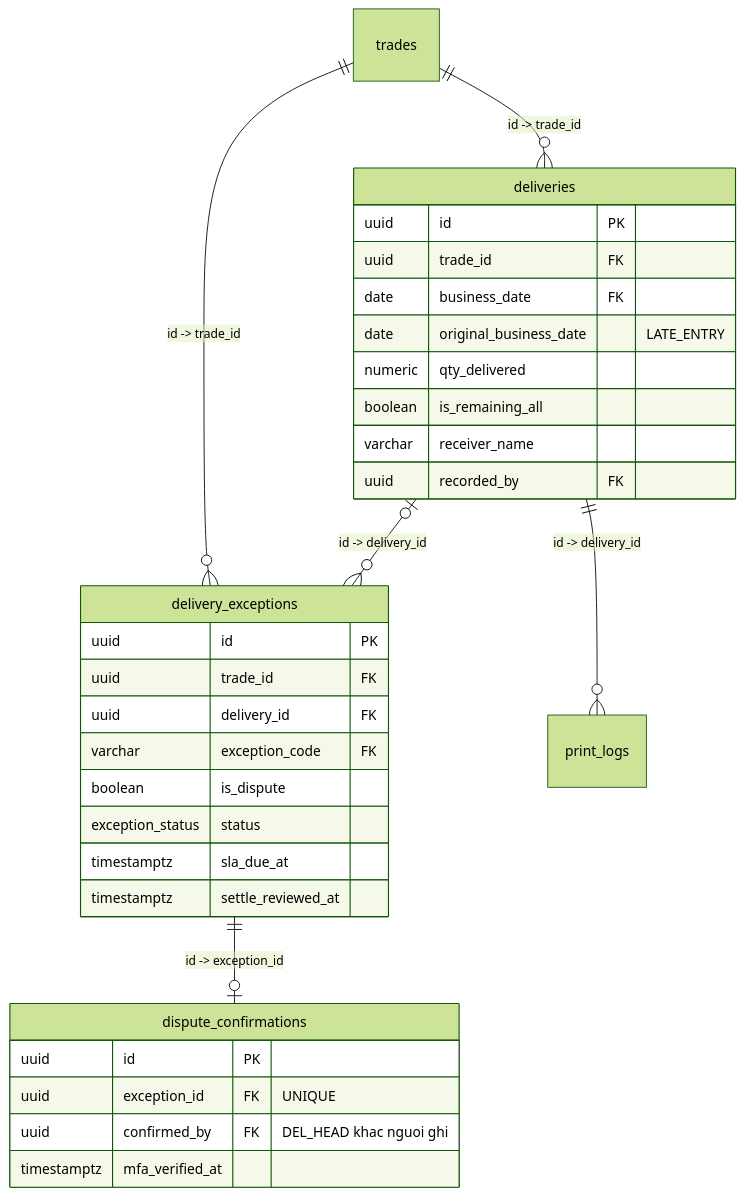
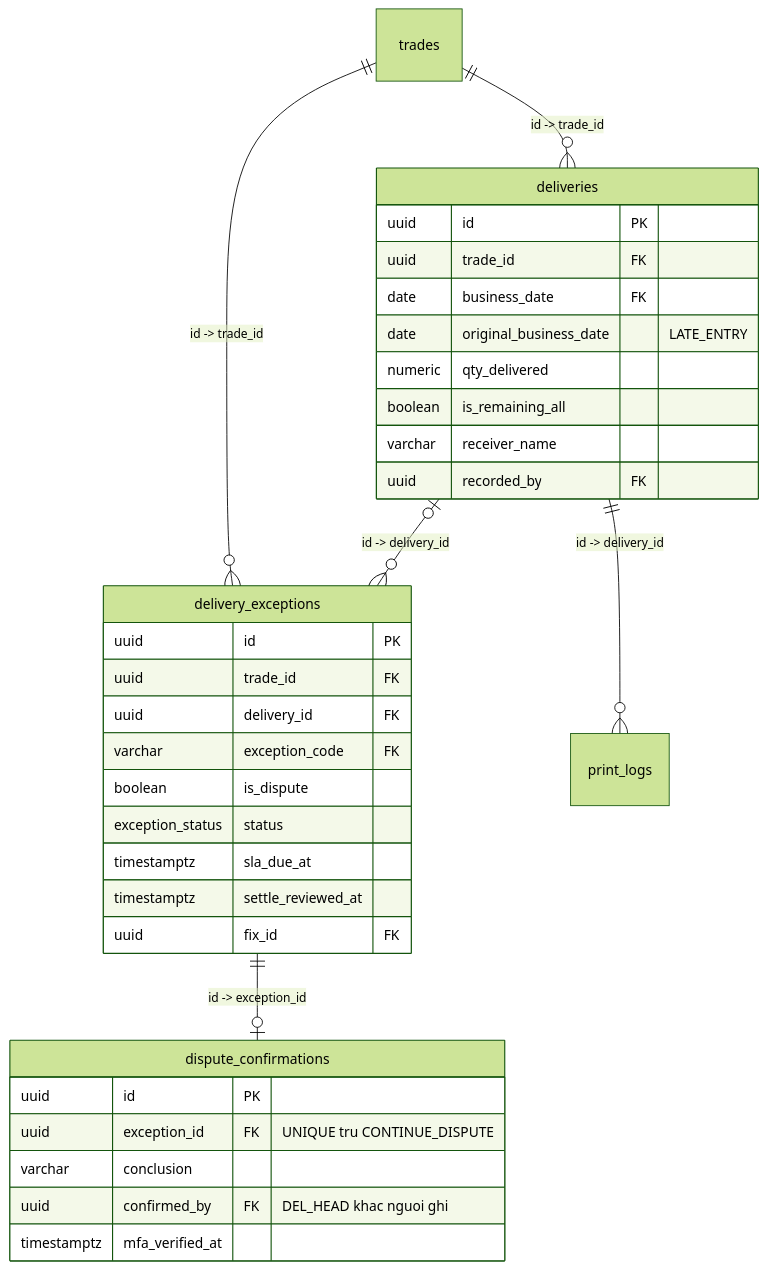
Before and after one commit to phuongnnm-23344/lab-wholesale-market: the second of 2 diagrams in specs/system-design/database-design/TRADE_DB.md, drawn with Mermaid (forest theme). The commit also changed other lines of this file and 15 other files, not shown here.

````diff
--- a/specs/system-design/database-design/TRADE_DB.md
+++ b/specs/system-design/database-design/TRADE_DB.md
@@ -108,35 +109,37 @@
 ```mermaid
 erDiagram
   trades ||--o{ deliveries : "id -> trade_id"
   trades ||--o{ delivery_exceptions : "id -> trade_id"
   deliveries |o--o{ delivery_exceptions : "id -> delivery_id"
   delivery_exceptions ||--o| dispute_confirmations : "id -> exception_id"
   deliveries ||--o{ print_logs : "id -> delivery_id"
 
   deliveries {
     uuid id PK
     uuid trade_id FK
     date business_date FK
     date original_business_date "LATE_ENTRY"
     numeric qty_delivered
     boolean is_remaining_all
     varchar receiver_name
     uuid recorded_by FK
   }
   delivery_exceptions {
     uuid id PK
     uuid trade_id FK
     uuid delivery_id FK
     varchar exception_code FK
     boolean is_dispute
     exception_status status
     timestamptz sla_due_at
     timestamptz settle_reviewed_at
+    uuid fix_id FK
   }
   dispute_confirmations {
     uuid id PK
-    uuid exception_id FK "UNIQUE"
+    uuid exception_id FK "UNIQUE tru CONTINUE_DISPUTE"
+    varchar conclusion
     uuid confirmed_by FK "DEL_HEAD khac nguoi ghi"
     timestamptz mfa_verified_at
   }
 ```
````
